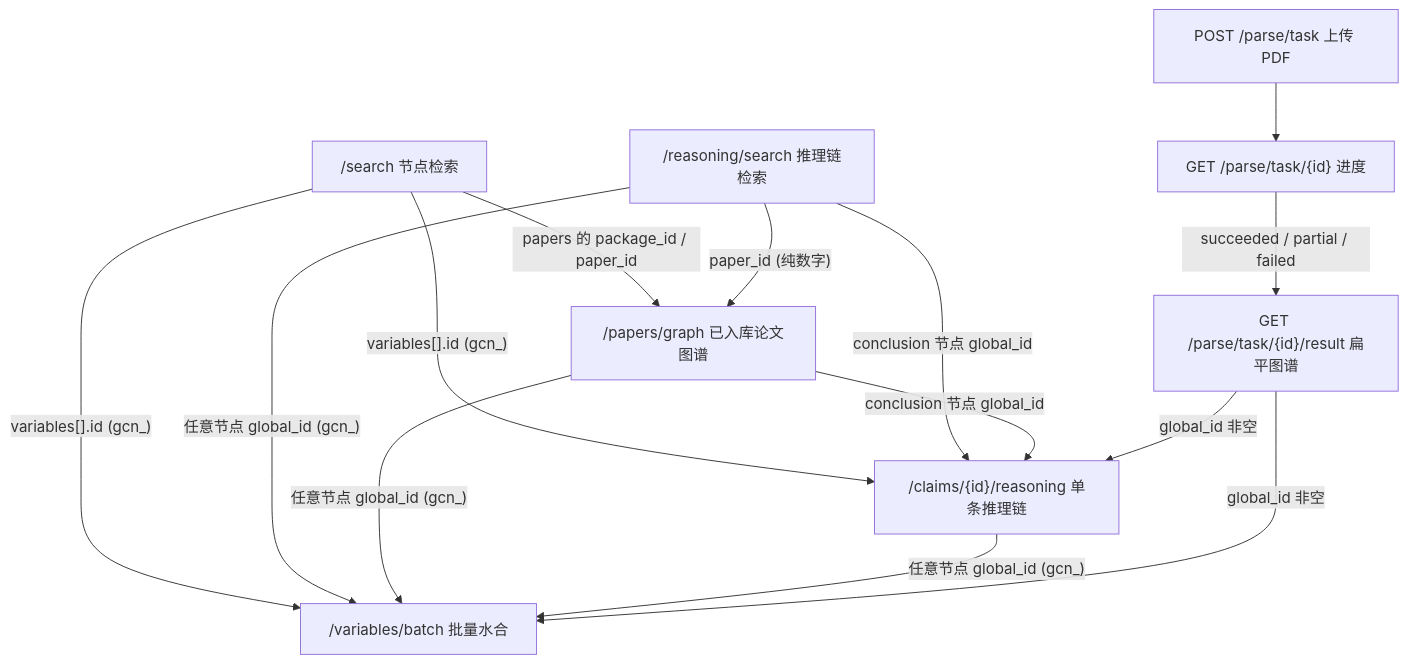
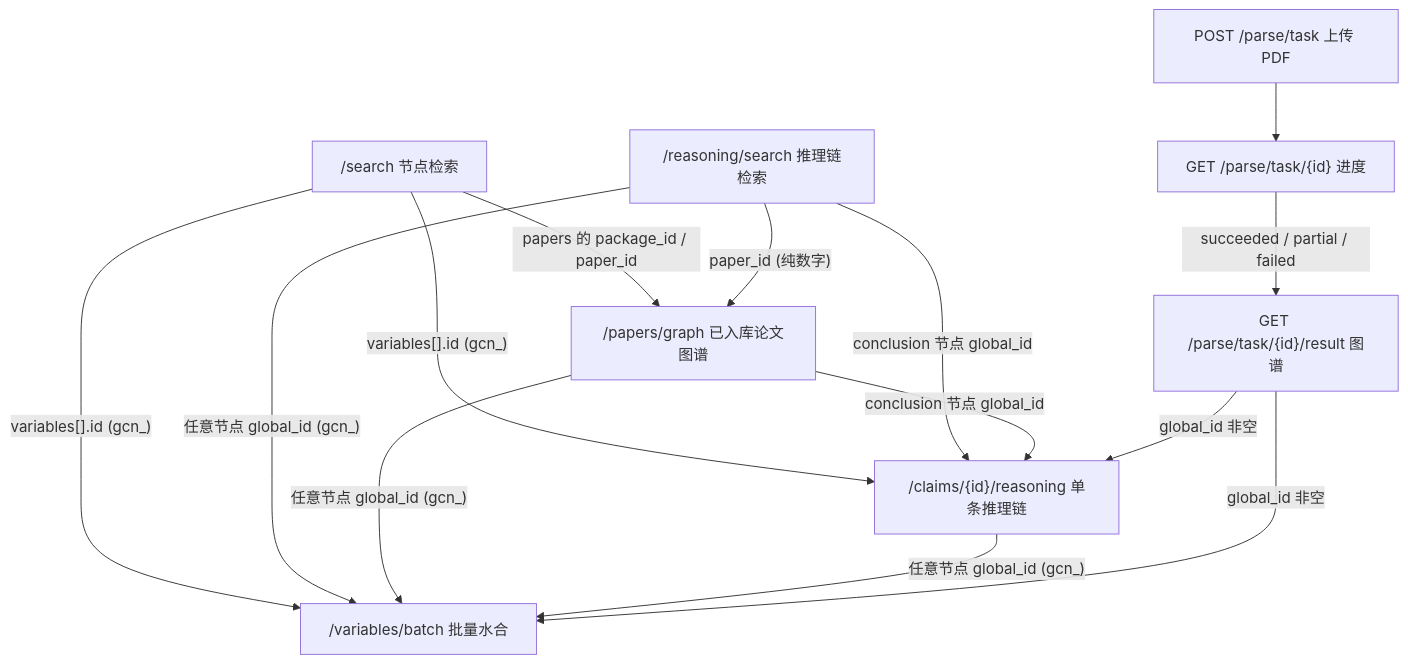
Before and after one commit to dptech-corp/bohrium-skills: the diagram in zh/bohrium-lkm/SKILL.md, drawn with Mermaid. The commit also changed other lines of this file and 6 other files, not shown here.

First line of the commit message:
docs(lkm): document parse prices and align result formats

````diff
--- a/zh/bohrium-lkm/SKILL.md
+++ b/zh/bohrium-lkm/SKILL.md
@@ -57,25 +57,25 @@
 ```mermaid
 flowchart TD
     search["/search 节点检索"]
     rsearch["/reasoning/search 推理链检索"]
     pgraph["/papers/graph 已入库论文图谱"]
     creason["/claims/{id}/reasoning 单条推理链"]
     batch["/variables/batch 批量水合"]
     parse["POST /parse/task 上传 PDF"]
     pstatus["GET /parse/task/{id} 进度"]
-    presult["GET /parse/task/{id}/result 扁平图谱"]
+    presult["GET /parse/task/{id}/result 图谱"]
 
     search -->|"variables[].id (gcn_)"| creason
     search -->|"variables[].id (gcn_)"| batch
     search -->|"papers 的 package_id / paper_id"| pgraph
     rsearch -->|"conclusion 节点 global_id"| creason
     rsearch -->|"任意节点 global_id (gcn_)"| batch
     rsearch -->|"paper_id (纯数字)"| pgraph
     pgraph -->|"conclusion 节点 global_id"| creason
     pgraph -->|"任意节点 global_id (gcn_)"| batch
     creason -->|"任意节点 global_id (gcn_)"| batch
     parse --> pstatus
     pstatus -->|"succeeded / partial / failed"| presult
     presult -->|"global_id 非空"| creason
     presult -->|"global_id 非空"| batch
 ```
````
